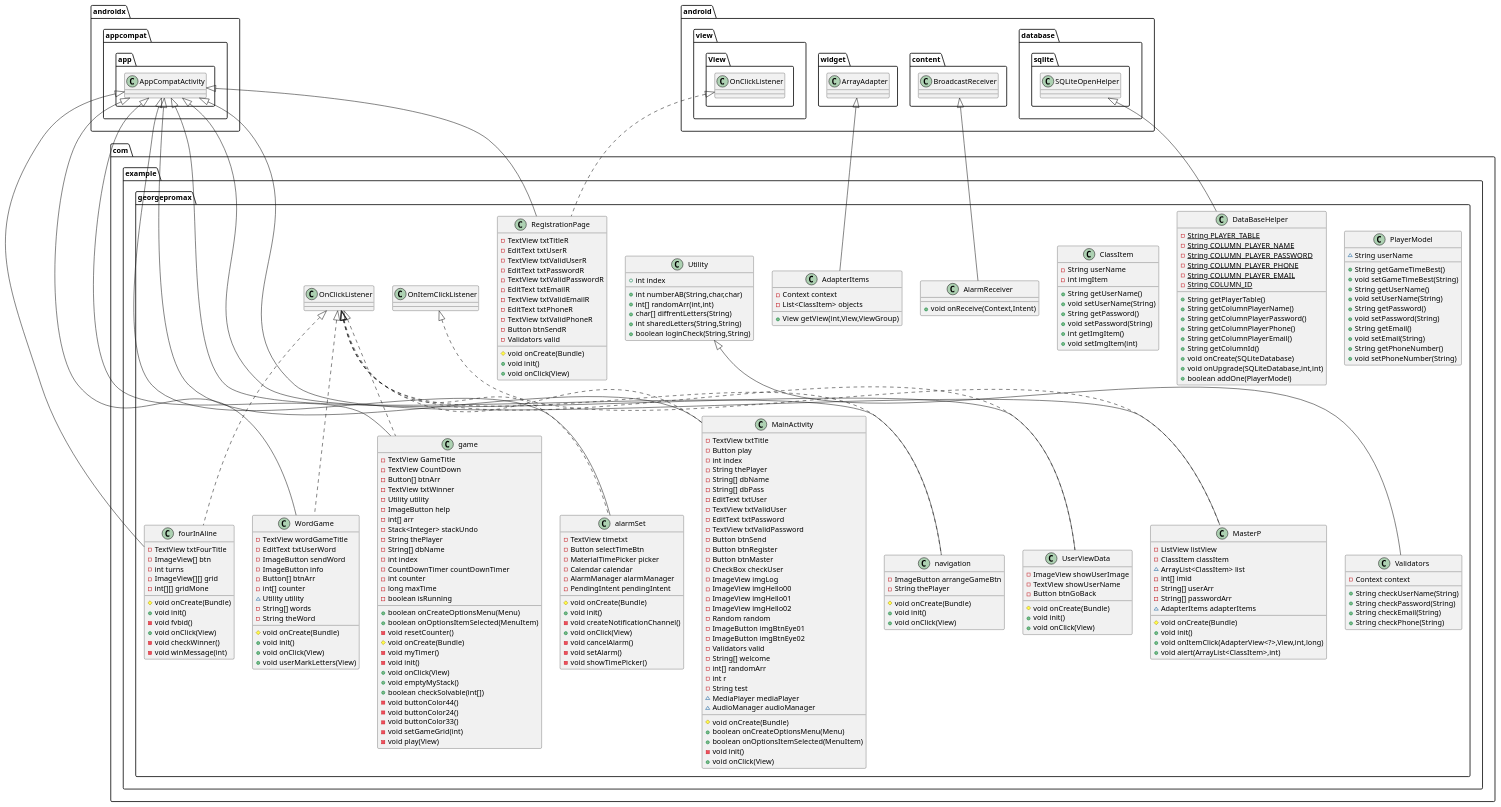
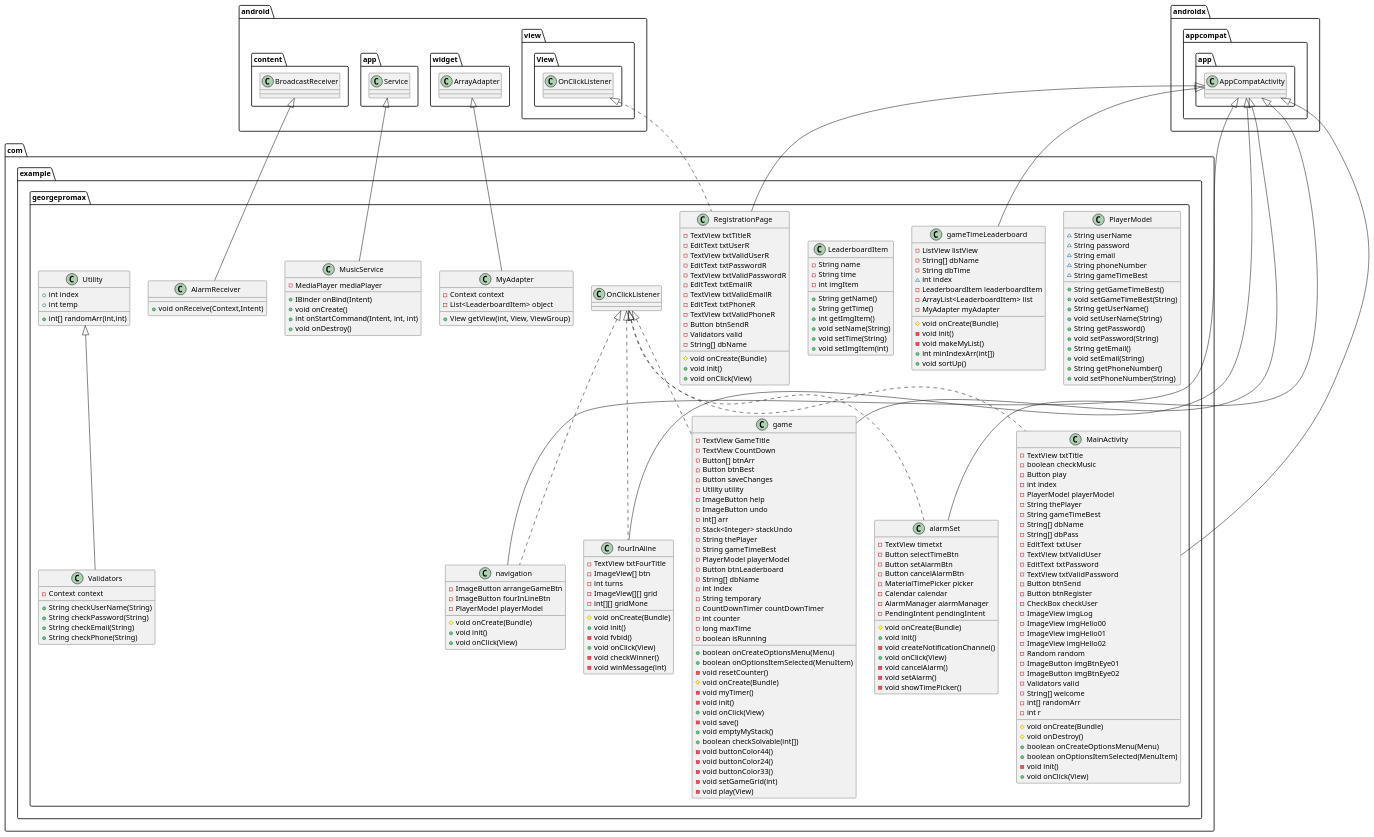
Before and after one commit to GeorgeAlsousou/georgeProMax1: the diagram in UMLTRIE.puml, drawn with PlantUML. The commit also changed 5 other files, not shown here.

Commit message:
שיפורים עריכה ותיקון UML

```diff
--- a/UMLTRIE.puml
+++ b/UMLTRIE.puml
@@ -1,21 +1,19 @@
 @startuml
 class com.example.georgepromax.navigation {
 - ImageButton arrangeGameBtn
-- String thePlayer
+- ImageButton fourInLineBtn
+- PlayerModel playerModel
 # void onCreate(Bundle)
 + void init()
 + void onClick(View)
 }
-class com.example.georgepromax.UserViewData {
-- ImageView showUserImage
-- TextView showUserName
-- Button btnGoBack
-# void onCreate(Bundle)
-+ void init()
-+ void onClick(View)
-}
+
 class com.example.georgepromax.PlayerModel {
 ~ String userName
+~ String password
+~ String email
+~ String phoneNumber
+~ String gameTimeBest
 + String getGameTimeBest()
 + void setGameTimeBest(String)
 + String getUserName()
@@ -27,6 +25,7 @@
 + String getPhoneNumber()
 + void setPhoneNumber(String)
 }
+
 class com.example.georgepromax.fourInAline {
 - TextView txtFourTitle
 - ImageView[] btn
@@ -40,73 +39,24 @@
 - void checkWinner()
 - void winMessage(int)
 }
-class com.example.georgepromax.MasterP {
-- ListView listView
-- ClassItem classItem
-~ ArrayList<ClassItem> list
-- int[] imid
-- String[] userArr
-- String[] passwordArr
-~ AdapterItems adapterItems
-# void onCreate(Bundle)
-+ void init()
-+ void onItemClick(AdapterView<?>,View,int,long)
-+ void alert(ArrayList<ClassItem>,int)
-}
-class com.example.georgepromax.DataBaseHelper {
-- {static} String PLAYER_TABLE
-- {static} String COLUMN_PLAYER_NAME
-- {static} String COLUMN_PLAYER_PASSWORD
-- {static} String COLUMN_PLAYER_PHONE
-- {static} String COLUMN_PLAYER_EMAIL
-- {static} String COLUMN_ID
-+ String getPlayerTable()
-+ String getColumnPlayerName()
-+ String getColumnPlayerPassword()
-+ String getColumnPlayerPhone()
-+ String getColumnPlayerEmail()
-+ String getColumnId()
-+ void onCreate(SQLiteDatabase)
-+ void onUpgrade(SQLiteDatabase,int,int)
-+ boolean addOne(PlayerModel)
-}
-class com.example.georgepromax.ClassItem {
-- String userName
-- int imgItem
-+ String getUserName()
-+ void setUserName(String)
-+ String getPassword()
-+ void setPassword(String)
-+ int getImgItem()
-+ void setImgItem(int)
-}
-class com.example.georgepromax.WordGame {
-- TextView wordGameTitle
-- EditText txtUserWord
-- ImageButton sendWord
-- ImageButton info
-- Button[] btnArr
-- int[] counter
-~ Utility utility
-- String[] words
-- String theWord
-# void onCreate(Bundle)
-+ void init()
-+ void onClick(View)
-+ void userMarkLetters(View)
-}
 class com.example.georgepromax.game {
 - TextView GameTitle
 - TextView CountDown
 - Button[] btnArr
-- TextView txtWinner
+- Button btnBest
+- Button saveChanges
 - Utility utility
 - ImageButton help
+- ImageButton undo
 - int[] arr
 - Stack<Integer> stackUndo
 - String thePlayer
+- String gameTimeBest
+- PlayerModel playerModel
+- Button btnLeaderboard
 - String[] dbName
 - int index
+- String temporary
 - CountDownTimer countDownTimer
 - int counter
 - long maxTime
@@ -118,6 +68,7 @@
 - void myTimer()
 - void init()
 + void onClick(View)
+- void save()
 + void emptyMyStack()
 + boolean checkSolvable(int[])
 - void buttonColor44()
@@ -126,9 +77,39 @@
 - void setGameGrid(int)
 - void play(View)
 }
+
+class com.example.georgepromax.gameTimeLeaderboard {
+- ListView listView
+- String[] dbName
+- String dbTime
+~ int index
+- LeaderboardItem leaderboardItem
+- ArrayList<LeaderboardItem> list
+- MyAdapter myAdapter
+# void onCreate(Bundle)
+- void init()
+- void makeMyList()
++ int minIndexArr(int[])
++ void sortUp()
+}
+
+class com.example.georgepromax.LeaderboardItem {
+- String name
+- String time
+- int imgItem
++ String getName()
++ String getTime()
++ int getImgItem()
++ void setName(String)
++ void setTime(String)
++ void setImgItem(int)
+}
+
 class com.example.georgepromax.alarmSet {
 - TextView timetxt
 - Button selectTimeBtn
+- Button setAlarmBtn
+- Button cancelAlarmBtn
 - MaterialTimePicker picker
 - Calendar calendar
 - AlarmManager alarmManager
@@ -146,9 +127,12 @@
 }
 class com.example.georgepromax.MainActivity {
 - TextView txtTitle
+- boolean checkMusic
 - Button play
 - int index
+- PlayerModel playerModel
 - String thePlayer
+- String gameTimeBest
 - String[] dbName
 - String[] dbPass
 - EditText txtUser
@@ -157,7 +141,6 @@
 - TextView txtValidPassword
 - Button btnSend
 - Button btnRegister
-- Button btnMaster
 - CheckBox checkUser
 - ImageView imgLog
 - ImageView imgHello00
@@ -170,28 +153,20 @@
 - String[] welcome
 - int[] randomArr
 - int r
-- String test
-~ MediaPlayer mediaPlayer
-~ AudioManager audioManager
 # void onCreate(Bundle)
+# void onDestroy()
 + boolean onCreateOptionsMenu(Menu)
 + boolean onOptionsItemSelected(MenuItem)
 - void init()
 + void onClick(View)
 }
-class com.example.georgepromax.AdapterItems {
-- Context context
-- List<ClassItem> objects
-+ View getView(int,View,ViewGroup)
-}
+
 class com.example.georgepromax.Utility {
 + int index
-+ int numberAB(String,char,char)
++ int temp
 + int[] randomArr(int,int)
-+ char[] diffrentLetters(String)
-+ int sharedLetters(String,String)
-+ boolean loginCheck(String,String)
 }
+
 class com.example.georgepromax.RegistrationPage {
 - TextView txtTitleR
 - EditText txtUserR
@@ -204,6 +179,7 @@
 - TextView txtValidPhoneR
 - Button btnSendR
 - Validators valid
+- String[] dbName
 # void onCreate(Bundle)
 + void init()
 + void onClick(View)
@@ -216,18 +192,28 @@
 + String checkPhone(String)
 }
 
+class com.example.georgepromax.MusicService {
+- MediaPlayer mediaPlayer
++ IBinder onBind(Intent)
++ void onCreate()
++ int onStartCommand(Intent, int, int)
++ void onDestroy()
+}
 
+class com.example.georgepromax.MyAdapter {
+- Context context
+- List<LeaderboardItem> object
++ View getView(int, View, ViewGroup)
+}
+
+
+android.widget.ArrayAdapter <|-- com.example.georgepromax.MyAdapter
+android.app.Service <|-- com.example.georgepromax.MusicService
+androidx.appcompat.app.AppCompatActivity <|-- com.example.georgepromax.gameTimeLeaderboard
 com.example.georgepromax.OnClickListener <|.. com.example.georgepromax.navigation
 androidx.appcompat.app.AppCompatActivity <|-- com.example.georgepromax.navigation
-com.example.georgepromax.OnClickListener <|.. com.example.georgepromax.UserViewData
-androidx.appcompat.app.AppCompatActivity <|-- com.example.georgepromax.UserViewData
 com.example.georgepromax.OnClickListener <|.. com.example.georgepromax.fourInAline
 androidx.appcompat.app.AppCompatActivity <|-- com.example.georgepromax.fourInAline
-com.example.georgepromax.OnItemClickListener <|.. com.example.georgepromax.MasterP
-androidx.appcompat.app.AppCompatActivity <|-- com.example.georgepromax.MasterP
-android.database.sqlite.SQLiteOpenHelper <|-- com.example.georgepromax.DataBaseHelper
-com.example.georgepromax.OnClickListener <|.. com.example.georgepromax.WordGame
-androidx.appcompat.app.AppCompatActivity <|-- com.example.georgepromax.WordGame
 com.example.georgepromax.OnClickListener <|.. com.example.georgepromax.game
 androidx.appcompat.app.AppCompatActivity <|-- com.example.georgepromax.game
 com.example.georgepromax.OnClickListener <|.. com.example.georgepromax.alarmSet
@@ -235,7 +221,6 @@
 android.content.BroadcastReceiver <|-- com.example.georgepromax.AlarmReceiver
 com.example.georgepromax.OnClickListener <|.. com.example.georgepromax.MainActivity
 androidx.appcompat.app.AppCompatActivity <|-- com.example.georgepromax.MainActivity
-android.widget.ArrayAdapter <|-- com.example.georgepromax.AdapterItems
 android.view.View.OnClickListener <|.. com.example.georgepromax.RegistrationPage
 androidx.appcompat.app.AppCompatActivity <|-- com.example.georgepromax.RegistrationPage
 com.example.georgepromax.Utility <|-- com.example.georgepromax.Validators
```
